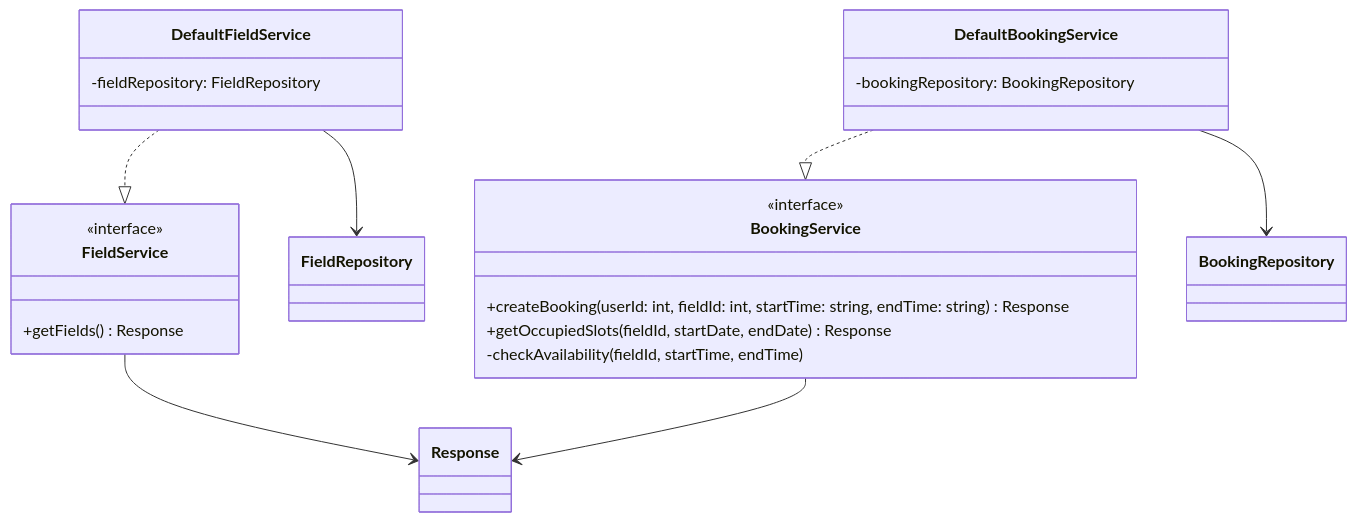
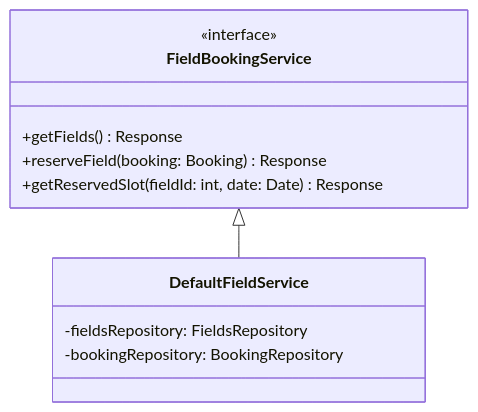
The second of 4 diagrams in documentazione/classi_uc03_uc04.md (mb4dev/progetto-prova), drawn with Mermaid before and after one commit. The commit also changed other lines of this file and 6 other files, not shown here.

````diff
--- a/documentazione/classi_uc03_uc04.md
+++ b/documentazione/classi_uc03_uc04.md
@@ -49,32 +51,18 @@
 ```mermaid
 classDiagram
 
-class FieldService {
+class FieldBookingService {
     <<interface>>
+    
     +getFields() Response
+    +reserveField(booking: Booking) Response
+    +getReservedSlot(fieldId: int, date: Date) Response
 }
 
 class DefaultFieldService {
-    -fieldRepository: FieldRepository
-}
-
-class BookingService {
-    <<interface>>
-    +createBooking(userId: int, fieldId: int, startTime: string, endTime: string) Response
-    +getOccupiedSlots(fieldId, startDate, endDate) Response
-	-checkAvailability(fieldId, startTime, endTime)
-}
-
-class DefaultBookingService {
+    -fieldsRepository: FieldsRepository
     -bookingRepository: BookingRepository
 }
 
-DefaultFieldService ..|> FieldService
-DefaultFieldService --> FieldRepository
-
-DefaultBookingService ..|> BookingService
-DefaultBookingService --> BookingRepository
-
-FieldService --> Response
-BookingService --> Response
+FieldBookingService <|-- DefaultFieldService
 ```
````
